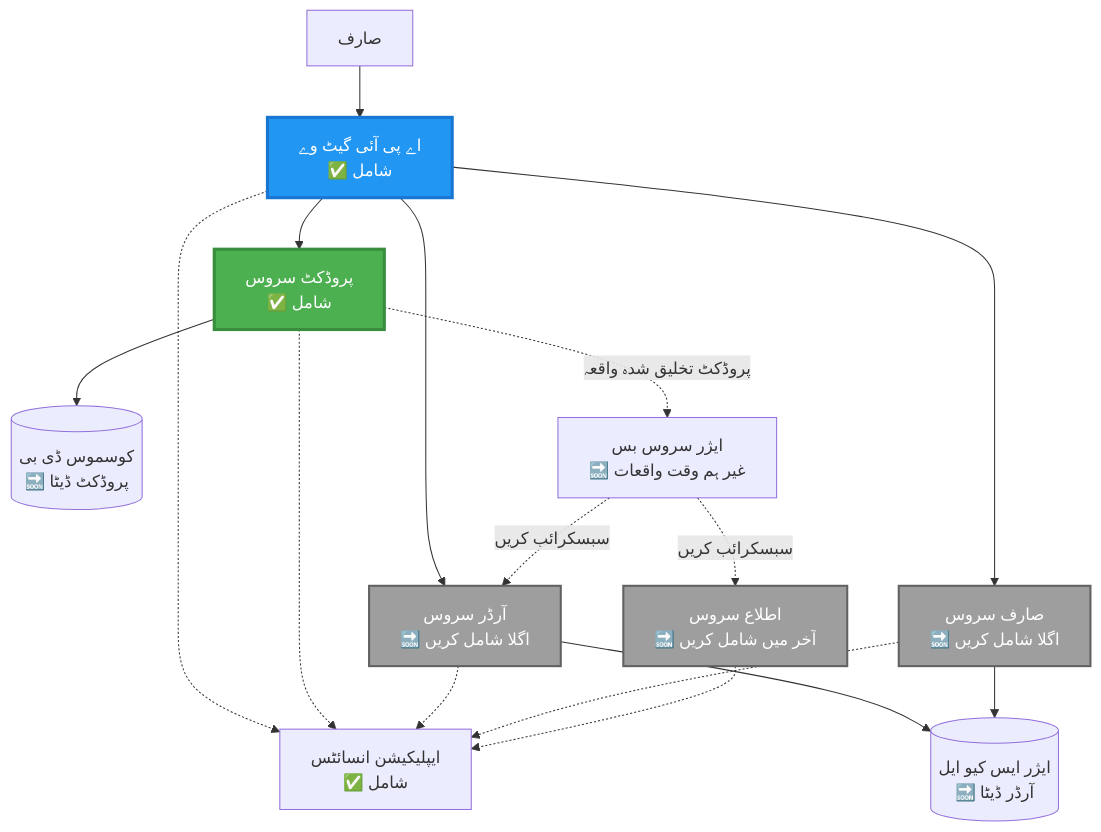
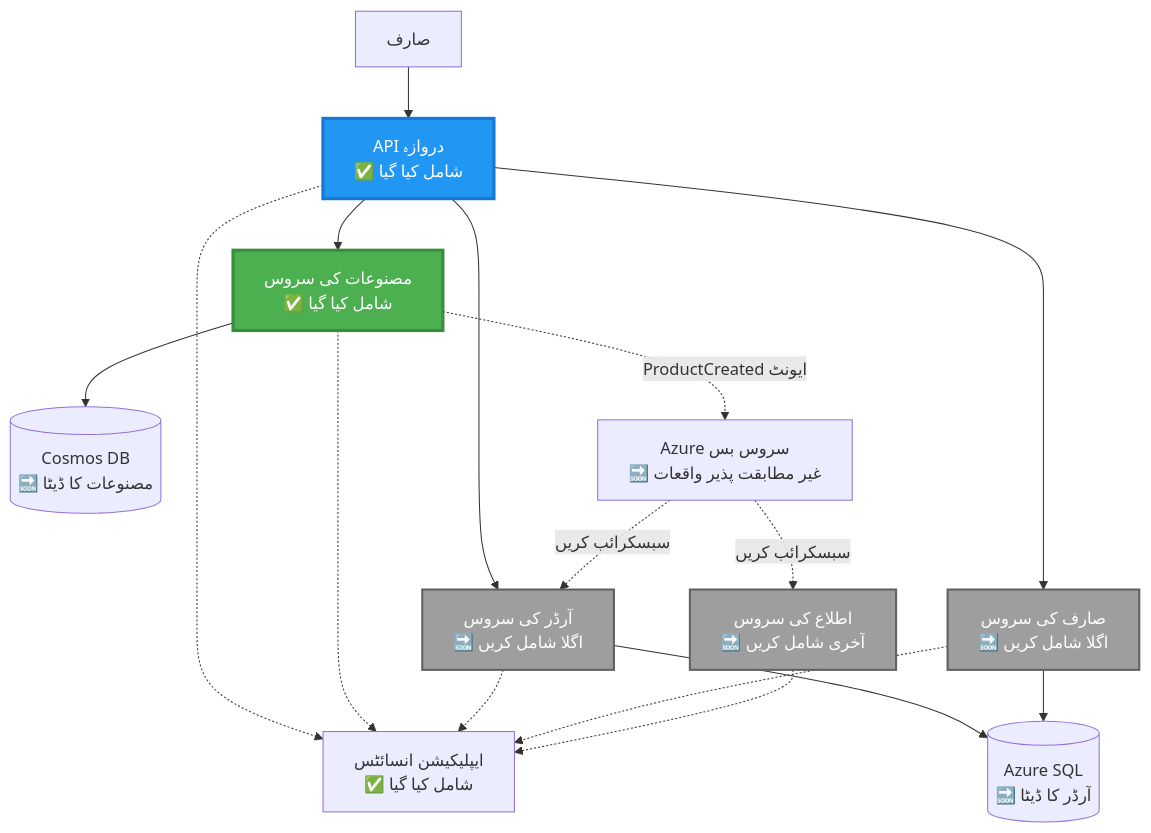
Before and after one commit to microsoft/AZD-for-beginners: the second of 4 diagrams in translations/ur/examples/microservices/README.md, drawn with Mermaid. The commit also changed other lines of this file and 298 other files, not shown here.

````diff
--- a/translations/ur/examples/microservices/README.md
+++ b/translations/ur/examples/microservices/README.md
@@ -78,39 +69,39 @@
 ```mermaid
 graph TB
     User[صارف]
-    Gateway[اے پی آئی گیٹ وے<br/>✅ شامل]
-    Product[پروڈکٹ سروس<br/>✅ شامل]
-    Order[آرڈر سروس<br/>🔜 اگلا شامل کریں]
-    UserSvc[صارف سروس<br/>🔜 اگلا شامل کریں]
-    Notify[اطلاع سروس<br/>🔜 آخر میں شامل کریں]
+    Gateway[API دروازہ<br/>✅ شامل کیا گیا]
+    Product[مصنوعات کی سروس<br/>✅ شامل کیا گیا]
+    Order[آرڈر کی سروس<br/>🔜 اگلا شامل کریں]
+    UserSvc[صارف کی سروس<br/>🔜 اگلا شامل کریں]
+    Notify[اطلاع کی سروس<br/>🔜 آخری شامل کریں]
     
-    CosmosDB[(کوسموس ڈی بی<br/>🔜 پروڈکٹ ڈیٹا)]
-    AzureSQL[(ایژر ایس کیو ایل<br/>🔜 آرڈر ڈیٹا)]
-    ServiceBus[ایژر سروس بس<br/>🔜 غیر ہم وقت واقعات]
-    AppInsights[ایپلیکیشن انسائٹس<br/>✅ شامل]
+    CosmosDB[(Cosmos DB<br/>🔜 مصنوعات کا ڈیٹا)]
+    AzureSQL[(Azure SQL<br/>🔜 آرڈر کا ڈیٹا)]
+    ServiceBus[Azure سروس بس<br/>🔜 غیر مطابقت پذیر واقعات]
+    AppInsights[ایپلیکیشن انسائٹس<br/>✅ شامل کیا گیا]
     
     User --> Gateway
     Gateway --> Product
     Gateway --> Order
     Gateway --> UserSvc
     
     Product --> CosmosDB
     Order --> AzureSQL
     UserSvc --> AzureSQL
     
-    Product -.->|پروڈکٹ تخلیق شدہ واقعہ| ServiceBus
+    Product -.->|ProductCreated ایونٹ| ServiceBus
     ServiceBus -.->|سبسکرائب کریں| Notify
     ServiceBus -.->|سبسکرائب کریں| Order
     
     Gateway -.-> AppInsights
     Product -.-> AppInsights
     Order -.-> AppInsights
     UserSvc -.-> AppInsights
     Notify -.-> AppInsights
     
     style Product fill:#4CAF50,stroke:#388E3C,stroke-width:3px,color:#fff
     style Gateway fill:#2196F3,stroke:#1976D2,stroke-width:3px,color:#fff
     style Order fill:#9E9E9E,stroke:#616161,stroke-width:2px,color:#fff
     style UserSvc fill:#9E9E9E,stroke:#616161,stroke-width:2px,color:#fff
     style Notify fill:#9E9E9E,stroke:#616161,stroke-width:2px,color:#fff
 ```
````
